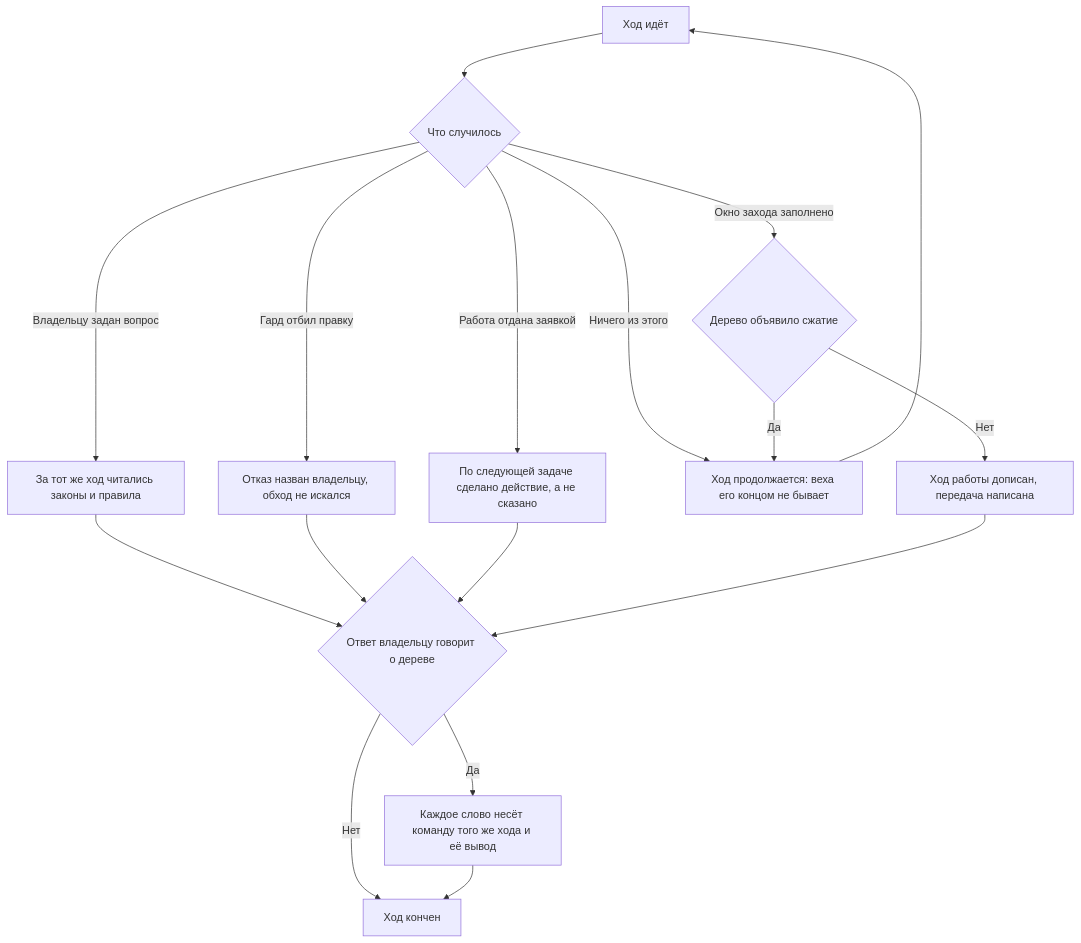
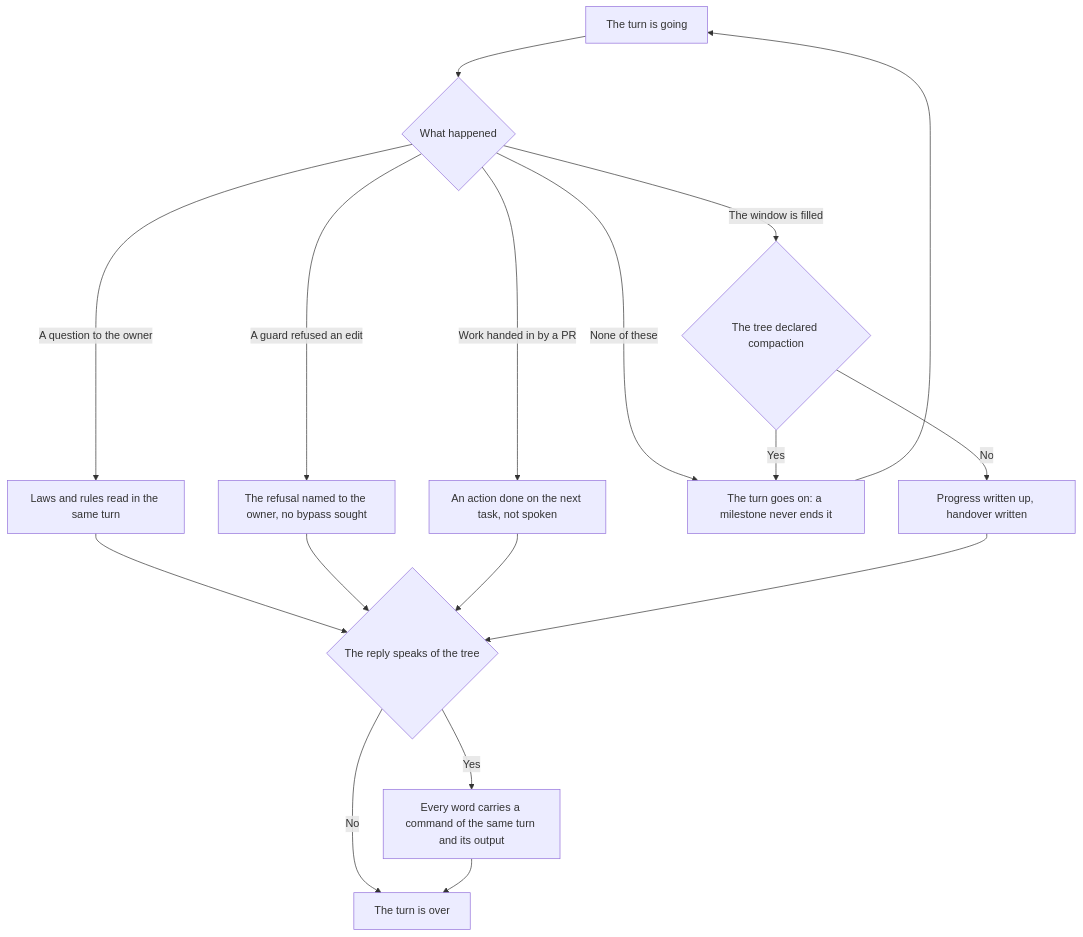
Before and after one commit to Eyhenij/rt-tools: the diagram in .claude/skills/turn-conduct/SKILL.md, drawn with Mermaid. The commit also changed other lines of this file and 71 other files, not shown here.

````diff
--- a/.claude/skills/turn-conduct/SKILL.md
+++ b/.claude/skills/turn-conduct/SKILL.md
@@ -62,19 +57,19 @@
 ```mermaid
 flowchart TD
-    A[Ход идёт] --> B{Что случилось}
-    B -->|Владельцу задан вопрос| C[За тот же ход читались законы и правила]
-    B -->|Гард отбил правку| D[Отказ назван владельцу, обход не искался]
-    B -->|Окно захода заполнено| E{Дерево объявило сжатие}
-    B -->|Работа отдана заявкой| F[По следующей задаче сделано действие, а не сказано]
-    B -->|Ничего из этого| G[Ход продолжается: веха его концом не бывает]
-    E -->|Да| G
-    E -->|Нет| H[Ход работы дописан, передача написана]
-    C --> I{Ответ владельцу говорит о дереве}
+    A[The turn is going] --> B{What happened}
+    B -->|A question to the owner| C[Laws and rules read in the same turn]
+    B -->|A guard refused an edit| D[The refusal named to the owner, no bypass sought]
+    B -->|The window is filled| E{The tree declared compaction}
+    B -->|Work handed in by a PR| F[An action done on the next task, not spoken]
+    B -->|None of these| G[The turn goes on: a milestone never ends it]
+    E -->|Yes| G
+    E -->|No| H[Progress written up, handover written]
+    C --> I{The reply speaks of the tree}
     D --> I
     F --> I
     H --> I
-    I -->|Да| J[Каждое слово несёт команду того же хода и её вывод]
-    I -->|Нет| K[Ход кончен]
+    I -->|Yes| J[Every word carries a command of the same turn and its output]
+    I -->|No| K[The turn is over]
     J --> K
     G --> A
 ```
````
